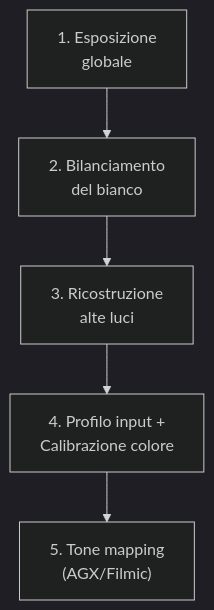
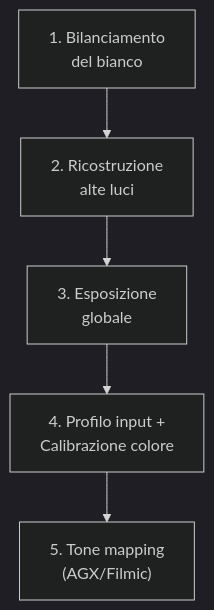
Before and after one commit to lorenzoperone/darktable-docs: the diagram in docs/modules/highlight-reconstruction.md, drawn with Mermaid (dark theme). The commit also changed other lines of this file and 36 other files, not shown here.

First line of the commit message:
fix: scan globale degli errori concettuali (moduli, pipeline, colore, appendici)

````diff
--- a/docs/modules/highlight-reconstruction.md
+++ b/docs/modules/highlight-reconstruction.md
@@ -29,4 +29,4 @@
 ```mermaid
 flowchart TD
-    A["1. Esposizione<br/>globale"] --> B["2. Bilanciamento<br/>del bianco"] --> C["3. Ricostruzione<br/>alte luci"] --> D["4. Profilo input +<br/>Calibrazione colore"] --> E["5. Tone mapping<br/>(AGX/Filmic)"]
+    A["1. Bilanciamento<br/>del bianco"] --> B["2. Ricostruzione<br/>alte luci"] --> C["3. Esposizione<br/>globale"] --> D["4. Profilo input +<br/>Calibrazione colore"] --> E["5. Tone mapping<br/>(AGX/Filmic)"]
 ```
````
